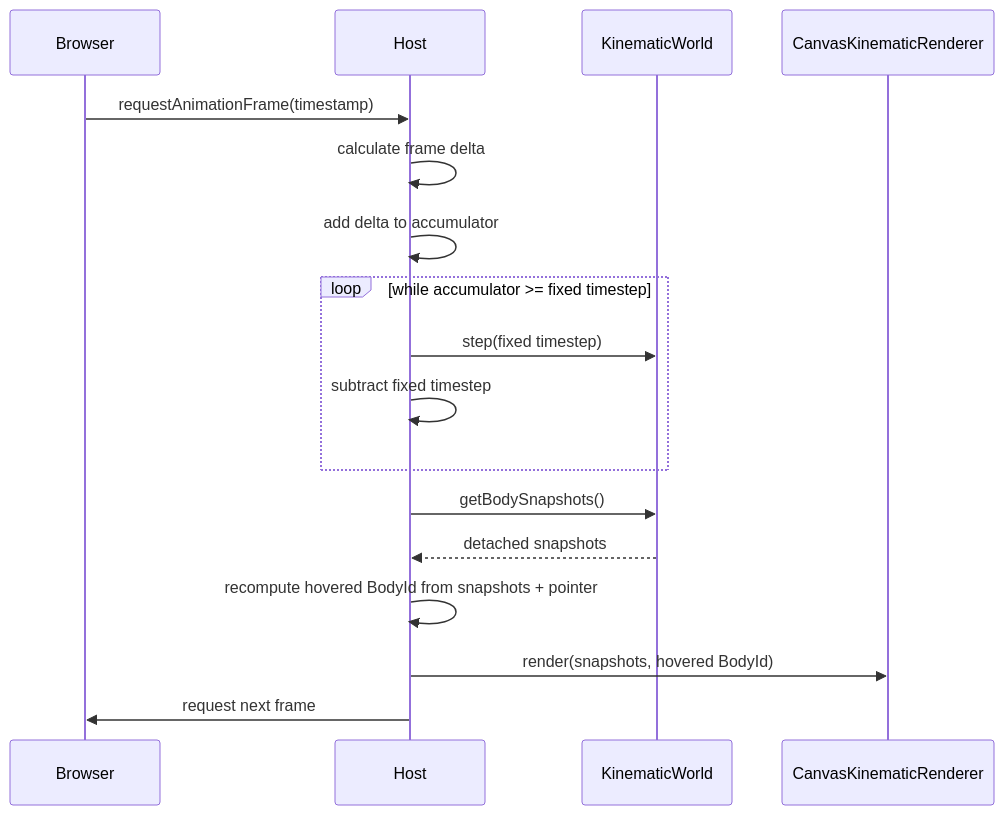
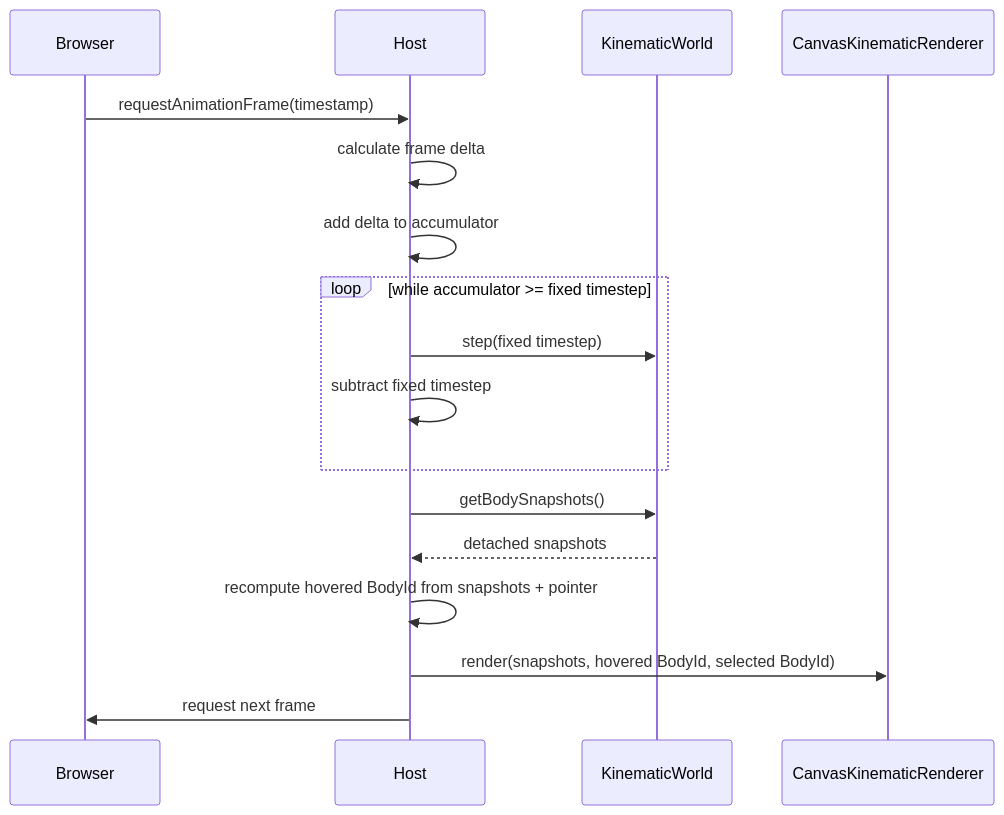
Before and after one commit to fa-ribeiro/vLab2D: diagram 12 of 21 in docs/architecture/README.md, drawn with Mermaid. The commit also changed other lines of this file and 8 other files, not shown here.

````diff
--- a/docs/architecture/README.md
+++ b/docs/architecture/README.md
@@ -565,22 +566,22 @@
 ```mermaid
 sequenceDiagram
     participant Browser
     participant Host
     participant World as KinematicWorld
     participant Renderer as CanvasKinematicRenderer
 
     Browser->>Host: requestAnimationFrame(timestamp)
     Host->>Host: calculate frame delta
     Host->>Host: add delta to accumulator
 
     loop while accumulator >= fixed timestep
         Host->>World: step(fixed timestep)
         Host->>Host: subtract fixed timestep
     end
 
     Host->>World: getBodySnapshots()
     World-->>Host: detached snapshots
     Host->>Host: recompute hovered BodyId from snapshots + pointer
-    Host->>Renderer: render(snapshots, hovered BodyId)
+    Host->>Renderer: render(snapshots, hovered BodyId, selected BodyId)
     Host->>Browser: request next frame
 ```
````
